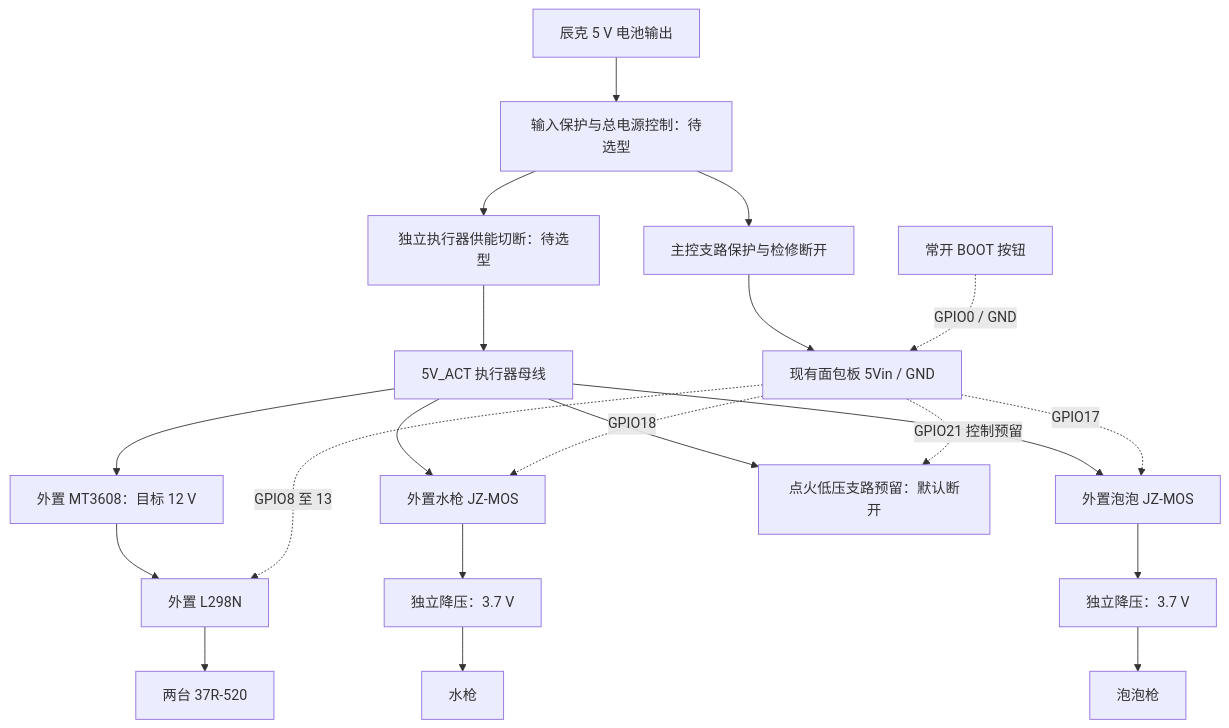
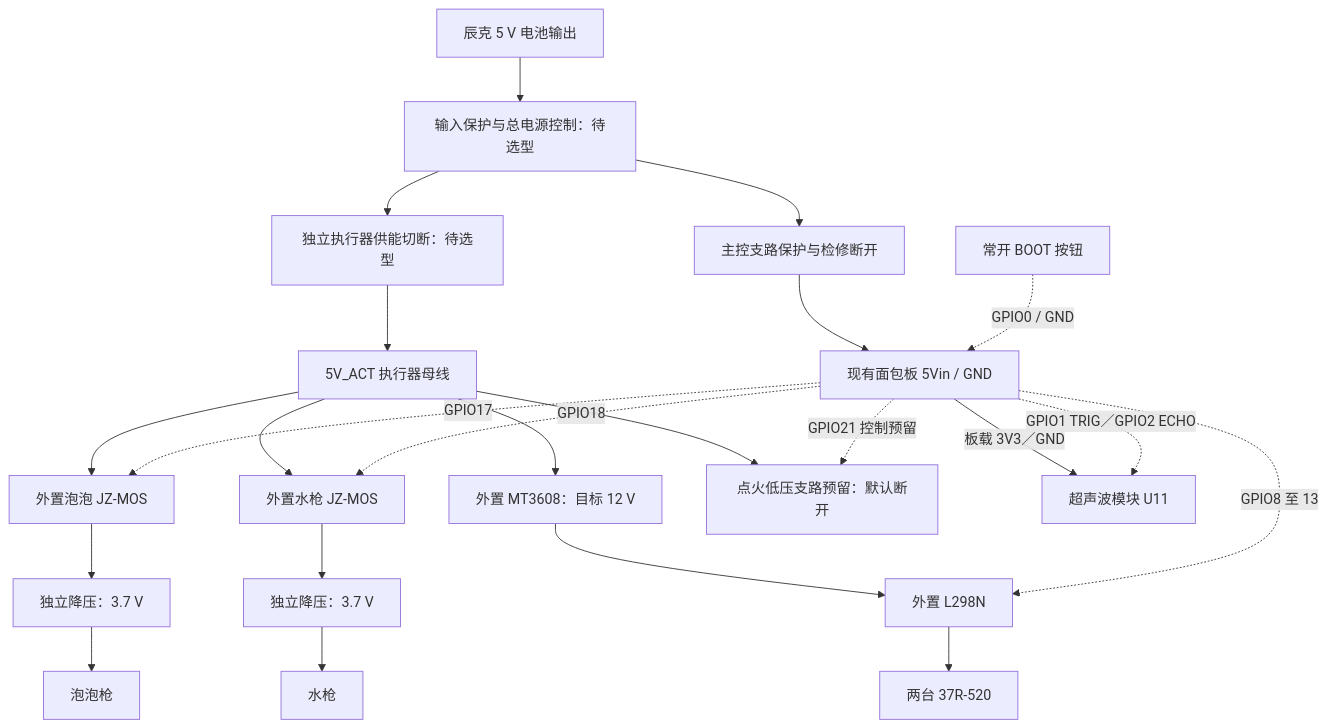
Before and after one commit to miclle/cybertrack: the diagram in docs/schematic-and-pcb.md, drawn with Mermaid. The commit also changed other lines of this file and 29 other files, not shown here.

First line of the commit message:
fix(schematic): add ultrasonic interface

````diff
--- a/docs/schematic-and-pcb.md
+++ b/docs/schematic-and-pcb.md
@@ -29,23 +29,25 @@
 ```mermaid
 flowchart TD
     BAT[辰克 5 V 电池输出] --> PROT[输入保护与总电源控制：待选型]
     PROT --> LOGIC[主控支路保护与检修断开]
     LOGIC --> CTRL[现有面包板 5Vin / GND]
     PROT --> CUT[独立执行器供能切断：待选型]
     CUT --> ACT[5V_ACT 执行器母线]
     ACT --> BOOST[外置 MT3608：目标 12 V]
     BOOST --> DRIVER[外置 L298N]
     DRIVER --> MOTORS[两台 37R-520]
     ACT --> WMOS[外置水枪 JZ-MOS]
     WMOS --> WBUCK[独立降压：3.7 V]
     WBUCK --> WATER[水枪]
     ACT --> BMOS[外置泡泡 JZ-MOS]
     BMOS --> BBUCK[独立降压：3.7 V]
     BBUCK --> BUBBLE[泡泡枪]
     ACT --> IPORT[点火低压支路预留：默认断开]
     CTRL -. GPIO8 至 13 .-> DRIVER
+    CTRL -->|板载 3V3／GND| SONAR[超声波模块 U11]
+    CTRL -. GPIO1 TRIG／GPIO2 ECHO .-> SONAR
     CTRL -. GPIO18 .-> WMOS
     CTRL -. GPIO17 .-> BMOS
     CTRL -. GPIO21 控制预留 .-> IPORT
     STOP[常开 BOOT 按钮] -. GPIO0 / GND .-> CTRL
 ```
````
